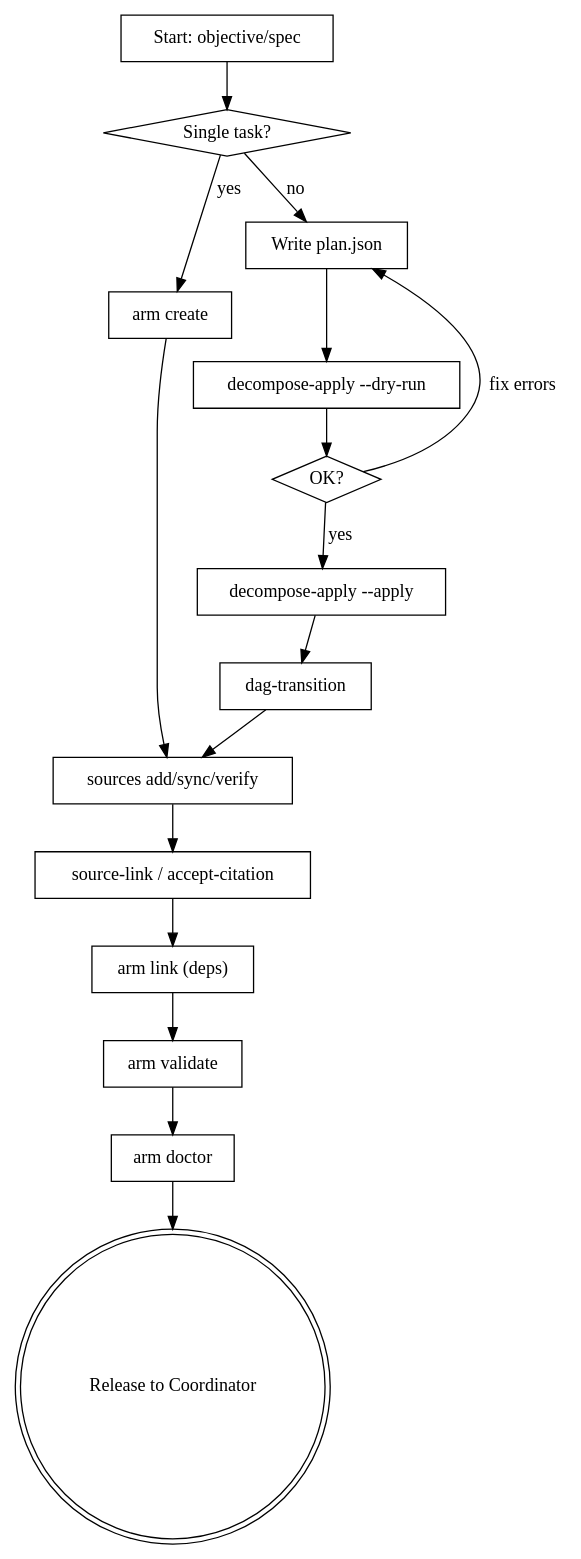
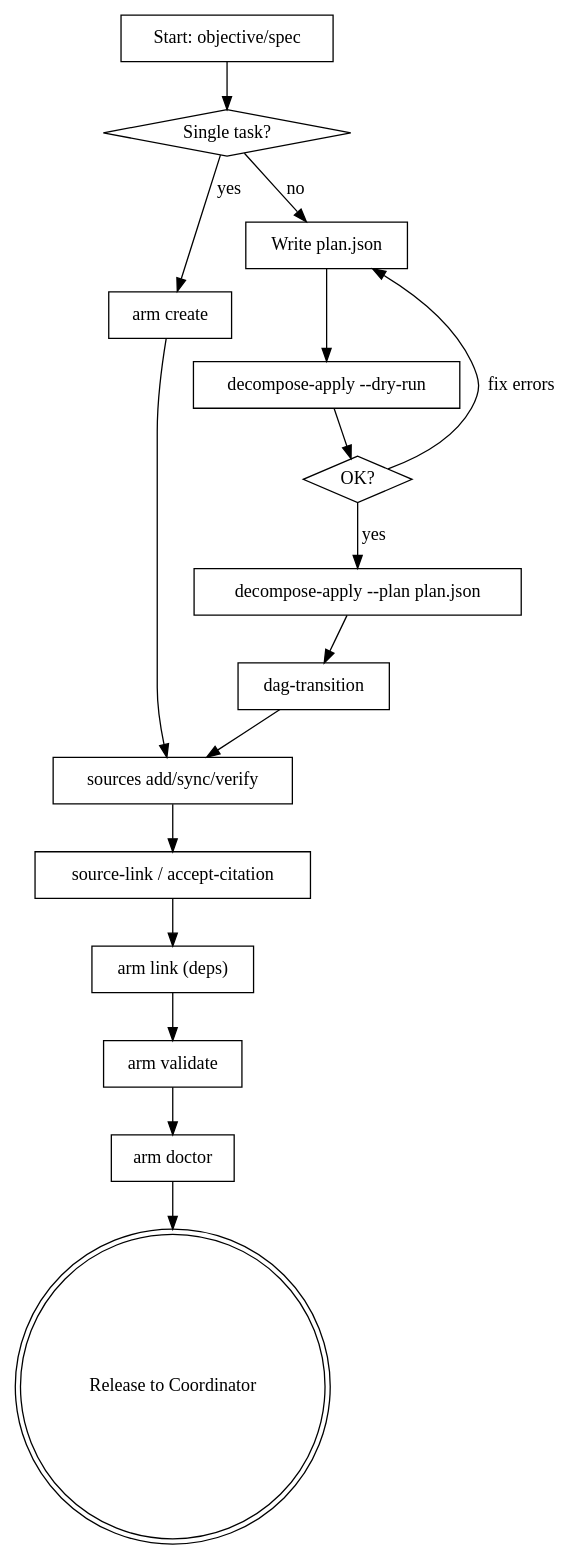
Before and after one commit to scullxbones/armature: the diagram in internal/skillsembed/skills/armature-planner/SKILL.md, drawn with Graphviz.

Commit message:
fix(DOCS-S1-T4): fix armature-planner skill diagram: decompose-apply --plan plan.json

````diff
--- a/internal/skillsembed/skills/armature-planner/SKILL.md
+++ b/internal/skillsembed/skills/armature-planner/SKILL.md
@@ -28,34 +28,34 @@
 ```dot
 digraph planner_loop {
     "Start: objective/spec" [shape=box];
     "Single task?" [shape=diamond];
     "arm create" [shape=box];
     "Write plan.json" [shape=box];
     "decompose-apply --dry-run" [shape=box];
     "OK?" [shape=diamond];
-    "decompose-apply --apply" [shape=box];
+    "decompose-apply --plan plan.json" [shape=box];
     "dag-transition" [shape=box];
     "sources add/sync/verify" [shape=box];
     "source-link / accept-citation" [shape=box];
     "arm link (deps)" [shape=box];
     "arm validate" [shape=box];
     "arm doctor" [shape=box];
     "Release to Coordinator" [shape=doublecircle];
 
     "Start: objective/spec" -> "Single task?";
     "Single task?" -> "arm create" [label="yes"];
     "Single task?" -> "Write plan.json" [label="no"];
     "arm create" -> "sources add/sync/verify";
     "Write plan.json" -> "decompose-apply --dry-run";
     "decompose-apply --dry-run" -> "OK?" ;
     "OK?" -> "Write plan.json" [label="fix errors"];
-    "OK?" -> "decompose-apply --apply" [label="yes"];
-    "decompose-apply --apply" -> "dag-transition";
+    "OK?" -> "decompose-apply --plan plan.json" [label="yes"];
+    "decompose-apply --plan plan.json" -> "dag-transition";
     "dag-transition" -> "sources add/sync/verify";
     "sources add/sync/verify" -> "source-link / accept-citation";
     "source-link / accept-citation" -> "arm link (deps)";
     "arm link (deps)" -> "arm validate";
     "arm validate" -> "arm doctor";
     "arm doctor" -> "Release to Coordinator";
 }
 ```
````
